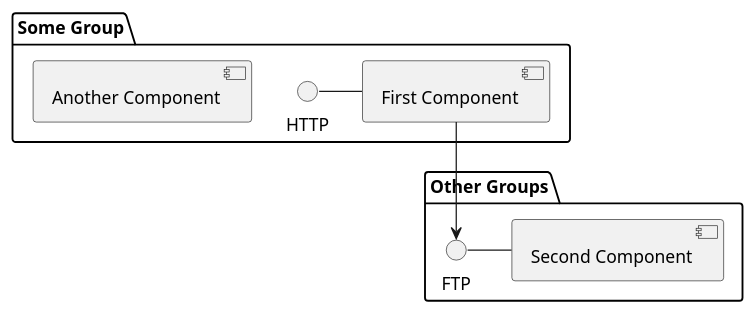
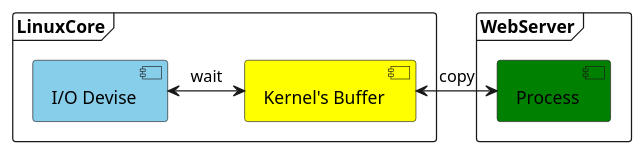
Before and after one commit to hd-5512/repository: the diagram in uml/IO与WebServer的工作方式.puml, drawn with PlantUML.

```diff
--- a/uml/IO与WebServer的工作方式.puml
+++ b/uml/IO与WebServer的工作方式.puml
@@ -1,14 +1,15 @@
 @startuml
 
-package "Some Group" {
-HTTP - [First Component]
-[Another Component]
+frame "LinuxCore" {
+    [I/O Devise] as A #skyblue
+    [Kernel's Buffer] as B #Yellow
+    A <-> B:wait
 }
 
-package "Other Groups" {
-FTP - [Second Component]
-
-[First Component] --> FTP
+frame "WebServer" {
+    [Process] as C #green
 }
 
+C <-> B:copy
+
 @enduml
```
